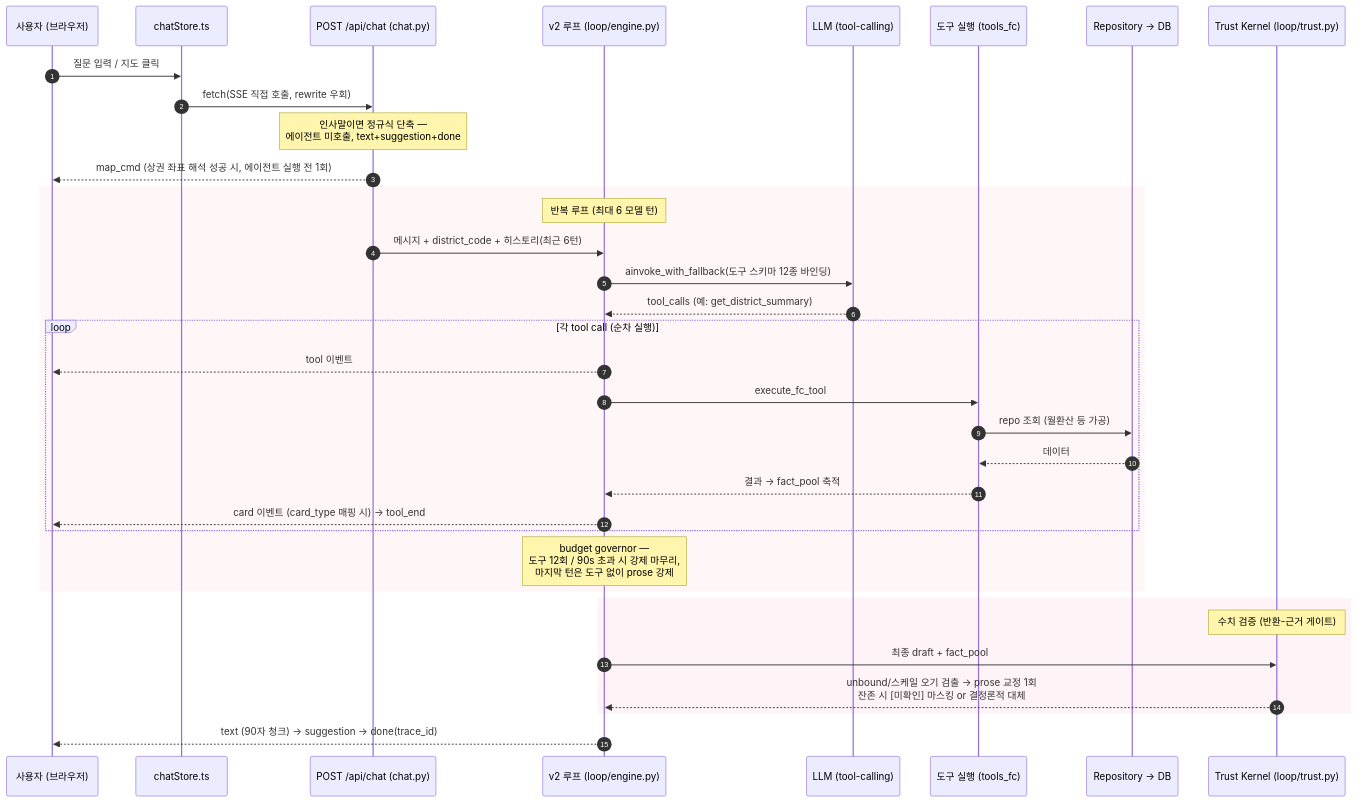
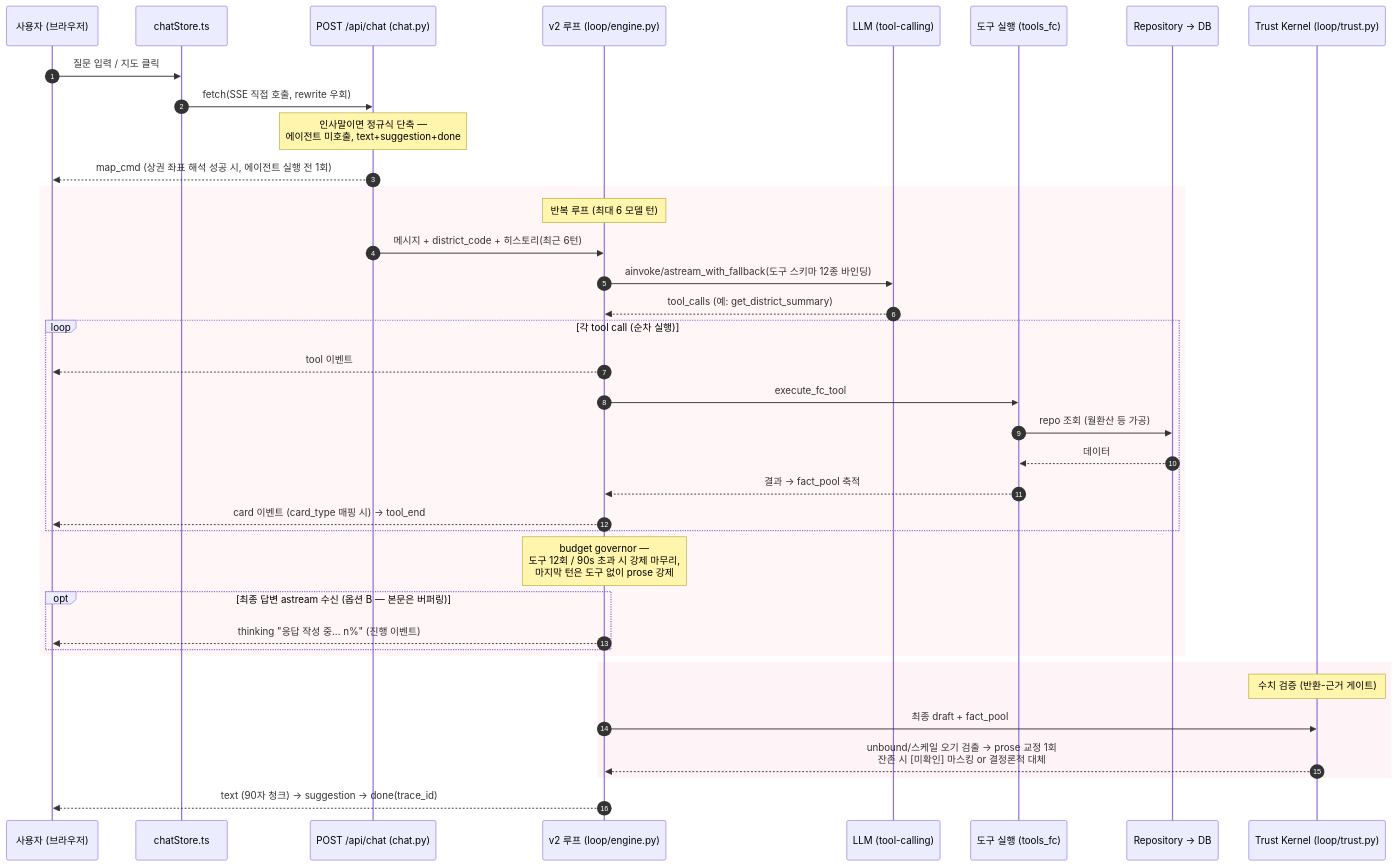
One commit to SJayKim/Catchment-Area-Analysis changed the second of 3 diagrams in docs/learning/ARCHITECTURE-MAP.md. Above: the diagram before and after it, drawn with Mermaid. The commit also changed other lines of this file and 9 other files, not shown here.

````diff
--- a/docs/learning/ARCHITECTURE-MAP.md
+++ b/docs/learning/ARCHITECTURE-MAP.md
@@ -96,42 +96,45 @@
 ```mermaid
 sequenceDiagram
     autonumber
     participant U as 사용자 (브라우저)
     participant S as chatStore.ts
     participant API as POST /api/chat (chat.py)
     participant E as v2 루프 (loop/engine.py)
     participant LLM as LLM (tool-calling)
     participant T as 도구 실행 (tools_fc)
     participant R as Repository → DB
     participant TK as Trust Kernel (loop/trust.py)
 
     U->>S: 질문 입력 / 지도 클릭
     S->>API: fetch(SSE 직접 호출, rewrite 우회)
 
     Note over API: 인사말이면 정규식 단축 —<br/>에이전트 미호출, text+suggestion+done
     API-->>U: map_cmd (상권 좌표 해석 성공 시, 에이전트 실행 전 1회)
 
     rect rgba(255,235,238,0.45)
     note over E: 반복 루프 (최대 6 모델 턴)
     API->>E: 메시지 + district_code + 히스토리(최근 6턴)
-    E->>LLM: ainvoke_with_fallback(도구 스키마 12종 바인딩)
+    E->>LLM: ainvoke/astream_with_fallback(도구 스키마 12종 바인딩)
     LLM-->>E: tool_calls (예: get_district_summary)
     loop 각 tool call (순차 실행)
         E-->>U: tool 이벤트
         E->>T: execute_fc_tool
         T->>R: repo 조회 (월환산 등 가공)
         R-->>T: 데이터
         T-->>E: 결과 → fact_pool 축적
         E-->>U: card 이벤트 (card_type 매핑 시) → tool_end
     end
     Note over E: budget governor —<br/>도구 12회 / 90s 초과 시 강제 마무리,<br/>마지막 턴은 도구 없이 prose 강제
+    opt 최종 답변 astream 수신 (옵션 B — 본문은 버퍼링)
+        E-->>U: thinking "응답 작성 중... n%" (진행 이벤트)
+    end
     end
 
     rect rgba(252,228,236,0.45)
     note over TK: 수치 검증 (반환-근거 게이트)
     E->>TK: 최종 draft + fact_pool
     TK-->>E: unbound/스케일 오기 검출 → prose 교정 1회<br/>잔존 시 [미확인] 마스킹 or 결정론적 대체
     end
 
     E-->>U: text (90자 청크) → suggestion → done(trace_id)
 ```
````
